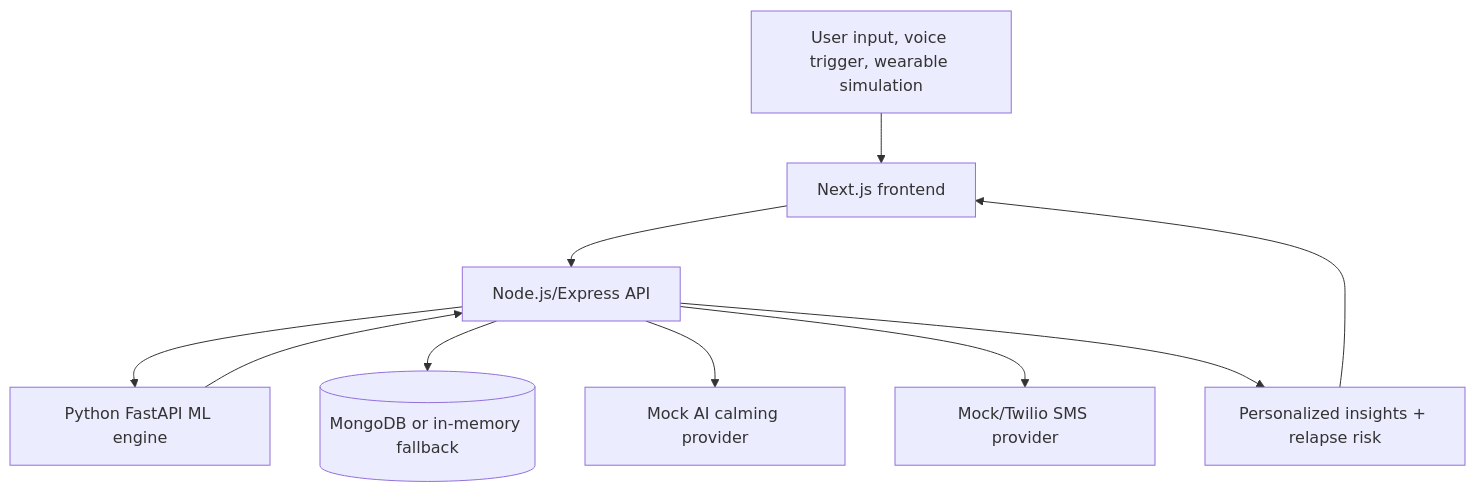
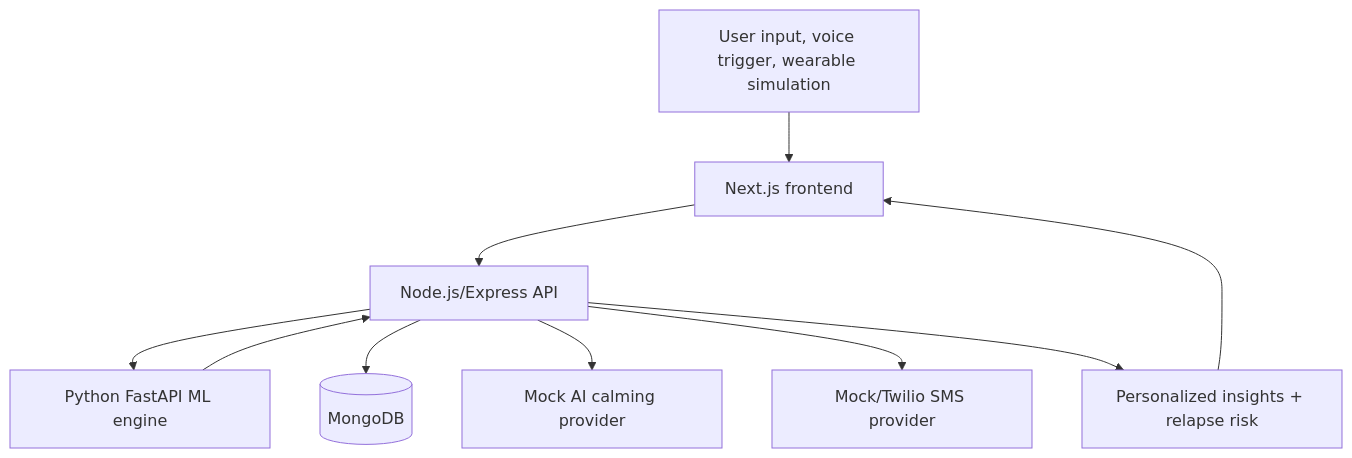
Before and after one commit to ParthGadekar0631/Anxiety-Attack_Detector: the diagram in README.md, drawn with Mermaid. The commit also changed other lines of this file and 23 other files, not shown here.

Commit message:
Replace in-memory backend store with MongoDB

````diff
--- a/README.md
+++ b/README.md
@@ -49,20 +49,20 @@
 ```mermaid
 flowchart TD
   User[User input, voice trigger, wearable simulation]
   Client[Next.js frontend]
   API[Node.js/Express API]
   ML[Python FastAPI ML engine]
-  DB[(MongoDB or in-memory fallback)]
+  DB[(MongoDB)]
   AI[Mock AI calming provider]
   SMS[Mock/Twilio SMS provider]
   Insights[Personalized insights + relapse risk]
 
   User --> Client --> API
   API --> ML
   API --> DB
   API --> AI
   API --> SMS
   API --> Insights
   ML --> API
   Insights --> Client
 ```
````
